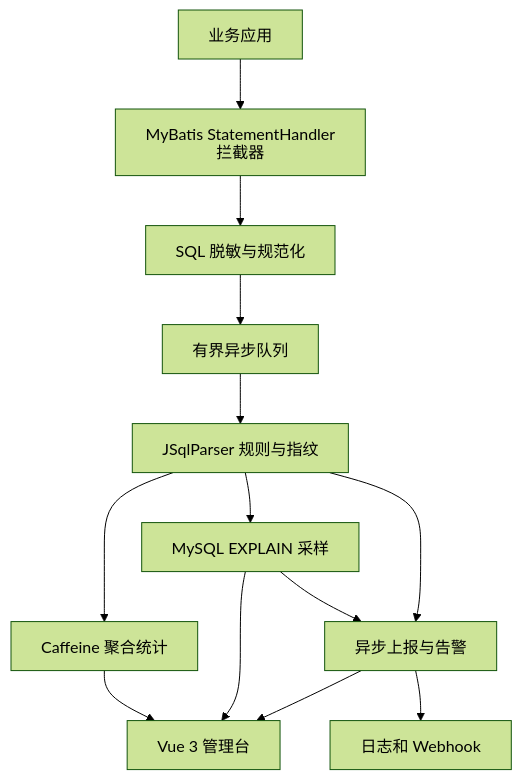
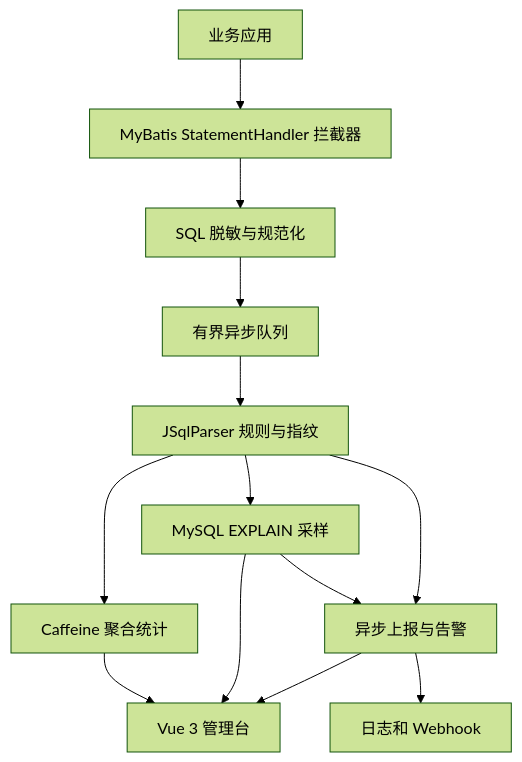
The diagram in README.md (NymphQAQ/SQLGuard), drawn with Mermaid (forest theme) before and after one commit.

Commit message:
Give architecture labels room to wrap

````diff
--- a/README.md
+++ b/README.md
@@ -144,19 +144,21 @@
 ```mermaid
 ---
 config:
   htmlLabels: false
+  flowchart:
+    wrappingWidth: 280
 ---
 flowchart TD
     A[业务应用] --> B[MyBatis StatementHandler 拦截器]
     B --> C[SQL 脱敏与规范化]
     C --> D[有界异步队列]
     D --> E[JSqlParser 规则与指纹]
     E --> F[Caffeine 聚合统计]
     E --> G[MySQL EXPLAIN 采样]
     F --> I[Vue 3 管理台]
     G --> I
     E --> H[异步上报与告警]
     G --> H
     H --> I
     H --> J[日志和 Webhook]
 ```
````
